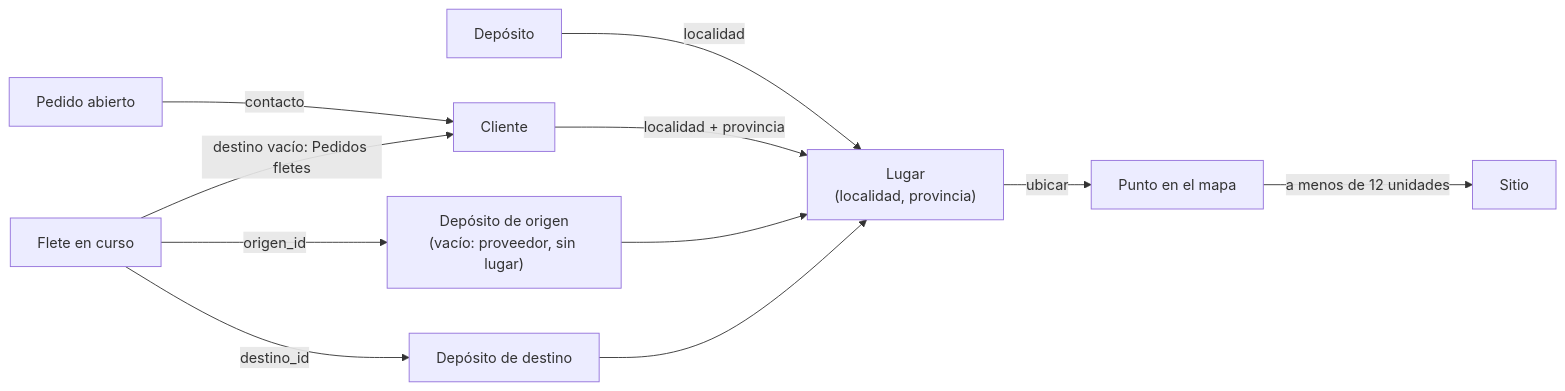
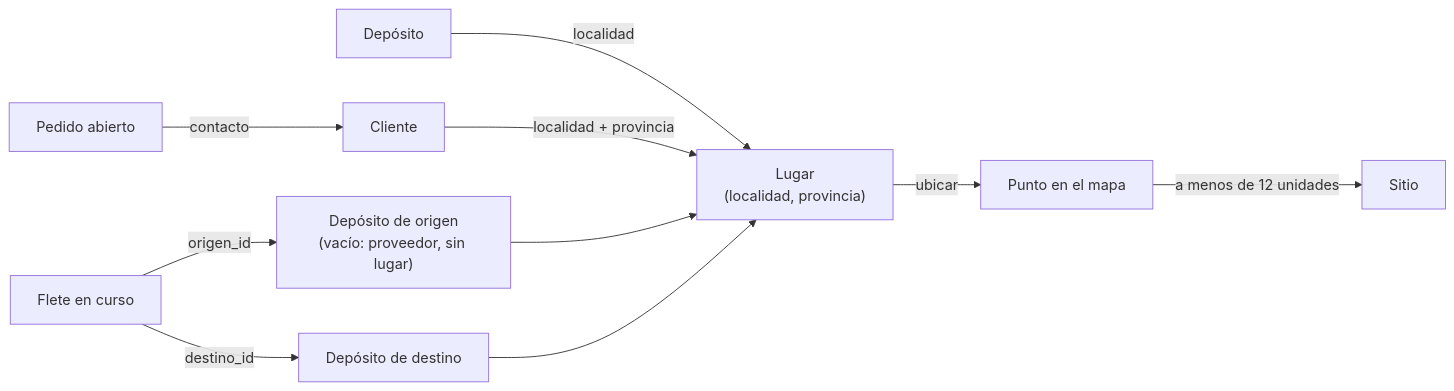
One commit to magalipujol/ERPeq changed the diagram in spec/mapa.md. Above: the diagram before and after it, drawn with Mermaid. The commit also changed other lines of this file and 33 other files, not shown here.

First line of the commit message:
Fletes sin pedidos, salida y llegada previstas y cobro de envío

````diff
--- a/spec/mapa.md
+++ b/spec/mapa.md
@@ -35,10 +35,9 @@
 ```mermaid
 flowchart LR
   dep["Depósito"] -->|localidad| lugar
   ped["Pedido abierto"] -->|contacto| cli["Cliente"] -->|localidad + provincia| lugar
   fl["Flete en curso"] -->|origen_id| dep2["Depósito de origen<br/>(vacío: proveedor, sin lugar)"] --> lugar
   fl -->|destino_id| dep3["Depósito de destino"] --> lugar
-  fl -->|destino vacío: Pedidos fletes| cli
   lugar["Lugar<br/>(localidad, provincia)"] -->|ubicar| punto["Punto en el mapa"]
   punto -->|"a menos de 12 unidades"| sitio["Sitio"]
 ```
````
